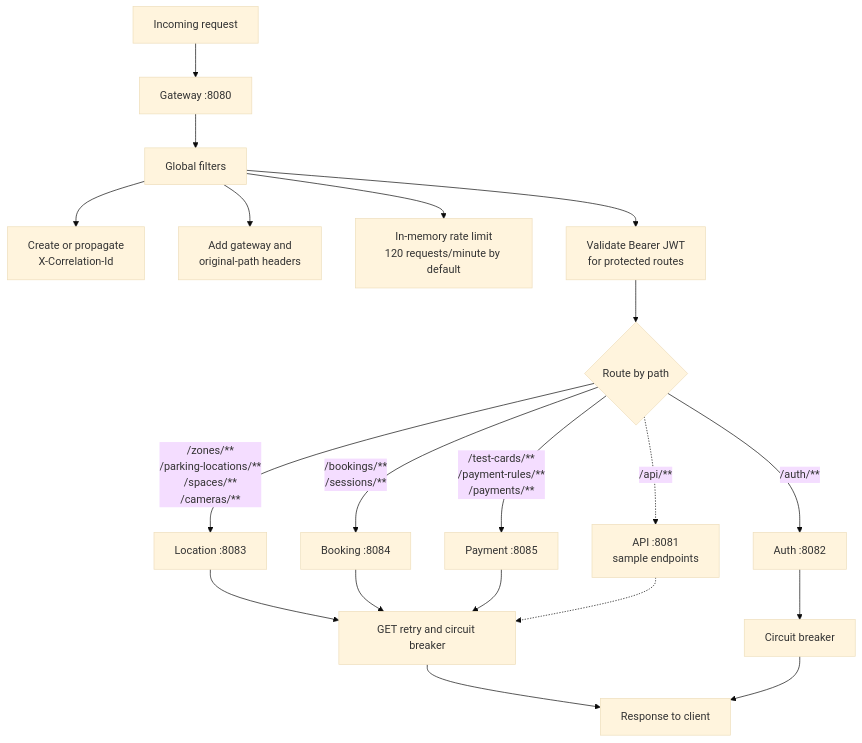
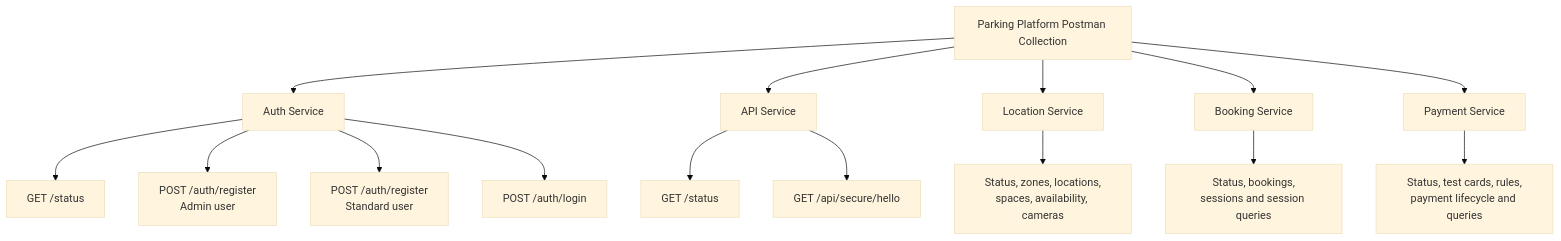
Before and after one commit to sangeethadhatrika510-svg/test-parking-api-testing: the second of 11 diagrams in Parking_Microservices_Architecture.md, drawn with Mermaid (base theme). The commit also changed other lines of this file, not shown here.

First line of the commit message:
Update Parking_Microservices_Architecture.md

````diff
--- a/Parking_Microservices_Architecture.md
+++ b/Parking_Microservices_Architecture.md
@@ -60,26 +43,23 @@
 ```mermaid
 flowchart TB
-    Request["Incoming request"] --> Gateway["Gateway :8080"]
+    Collection["Parking Platform Postman Collection"]
 
-    Gateway --> Filters["Global filters"]
-    Filters --> Correlation["Create or propagate<br/>X-Correlation-Id"]
-    Filters --> Headers["Add gateway and<br/>original-path headers"]
-    Filters --> Limit["In-memory rate limit<br/>120 requests/minute by default"]
-    Filters --> JWT["Validate Bearer JWT<br/>for protected routes"]
+    Collection --> AuthFolder["Auth Service"]
+    AuthFolder --> AuthStatus["GET /status"]
+    AuthFolder --> RegisterAdmin["POST /auth/register<br/>Admin user"]
+    AuthFolder --> RegisterUser["POST /auth/register<br/>Standard user"]
+    AuthFolder --> Login["POST /auth/login"]
 
-    JWT --> Router{"Route by path"}
-    Router -->|/auth/**| Auth["Auth :8082"]
-    Router -->|/zones/**<br/>/parking-locations/**<br/>/spaces/**<br/>/cameras/**| Location["Location :8083"]
-    Router -->|/bookings/**<br/>/sessions/**| Booking["Booking :8084"]
-    Router -->|/test-cards/**<br/>/payment-rules/**<br/>/payments/**| Payment["Payment :8085"]
-    Router -.->|/api/**| API["API :8081<br/>sample endpoints"]
+    Collection --> APIFolder["API Service"]
+    APIFolder --> APIStatus["GET /status"]
+    APIFolder --> SecureSample["GET /api/secure/hello"]
 
-    Location --> Resilience["GET retry and circuit breaker"]
-    Booking --> Resilience
-    Payment --> Resilience
-    API -.-> Resilience
-    Auth --> Circuit["Circuit breaker"]
+    Collection --> LocationFolder["Location Service"]
+    LocationFolder --> LocationOperations["Status, zones, locations,<br/>spaces, availability, cameras"]
 
-    Resilience --> Response["Response to client"]
-    Circuit --> Response
+    Collection --> BookingFolder["Booking Service"]
+    BookingFolder --> BookingOperations["Status, bookings,<br/>sessions and session queries"]
+
+    Collection --> PaymentFolder["Payment Service"]
+    PaymentFolder --> PaymentOperations["Status, test cards, rules,<br/>payment lifecycle and queries"]
 ```
````
